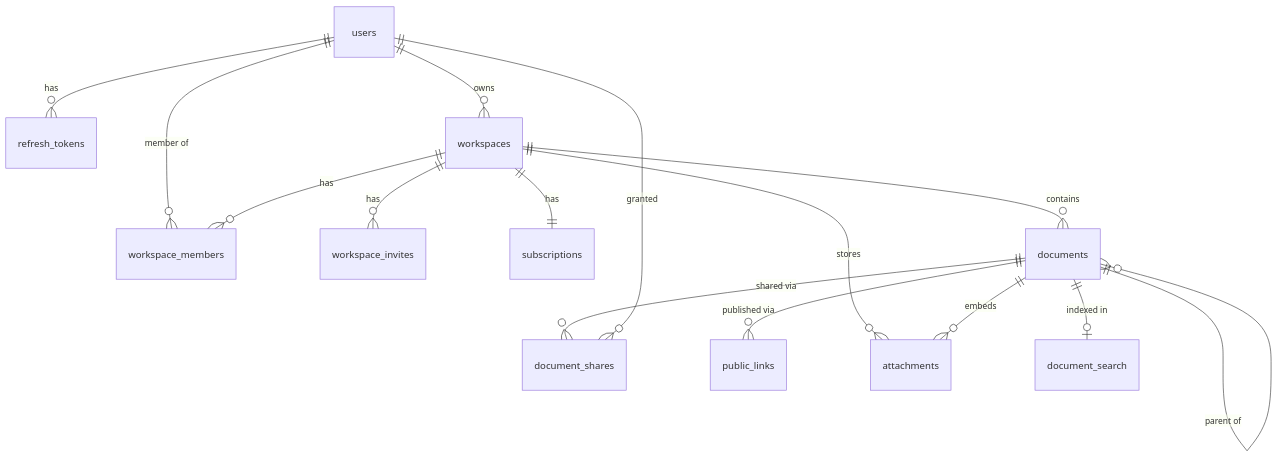
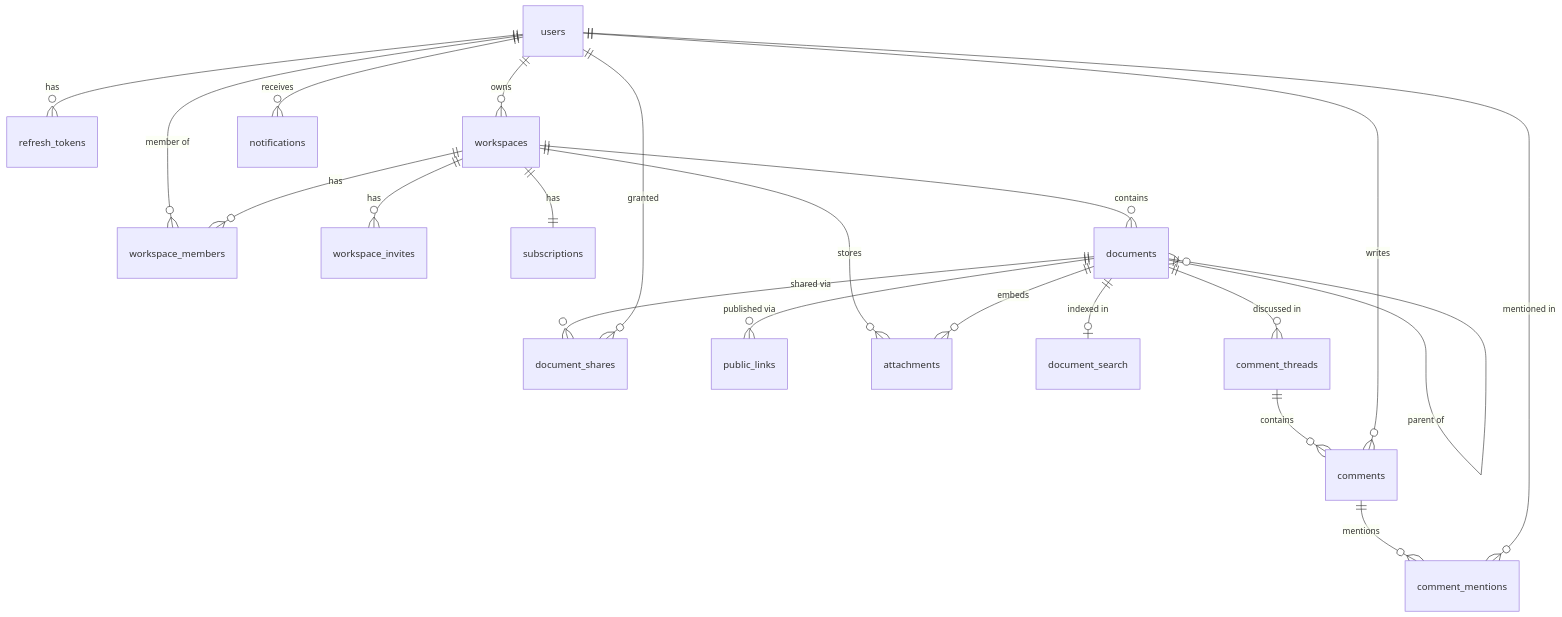
One commit to JuFios/collab-docs changed the first of 4 diagrams in README.md. Above: the diagram before and after it, drawn with Mermaid. The commit also changed other lines of this file, not shown here.

Commit message:
docs: describe comments and notifications

````diff
--- a/README.md
+++ b/README.md
@@ -122,17 +122,23 @@
 ```mermaid
 erDiagram
   users ||--o{ refresh_tokens : has
   users ||--o{ workspaces : owns
   users ||--o{ workspace_members : "member of"
   workspaces ||--o{ workspace_members : has
   workspaces ||--o{ workspace_invites : has
   workspaces ||--|| subscriptions : has
   workspaces ||--o{ documents : contains
   documents ||--o{ documents : "parent of"
   documents ||--o{ document_shares : "shared via"
   users ||--o{ document_shares : "granted"
   documents ||--o{ public_links : "published via"
   workspaces ||--o{ attachments : "stores"
   documents ||--o{ attachments : "embeds"
   documents ||--o| document_search : "indexed in"
+  documents ||--o{ comment_threads : "discussed in"
+  comment_threads ||--o{ comments : contains
+  comments ||--o{ comment_mentions : mentions
+  users ||--o{ comments : writes
+  users ||--o{ comment_mentions : "mentioned in"
+  users ||--o{ notifications : receives
 ```
````
